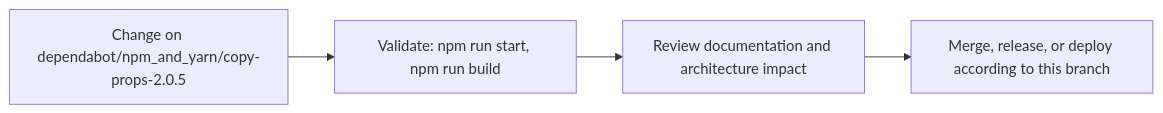
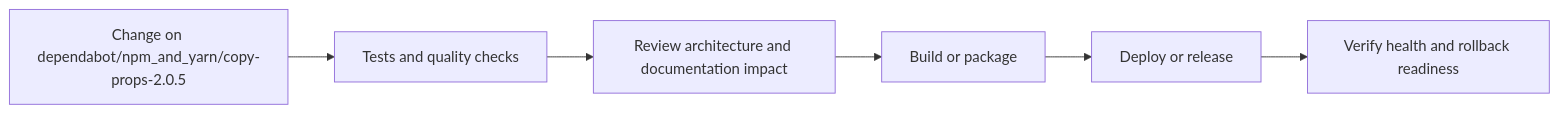
The fourth of 5 diagrams in README.md (Nischhalsubba/Personal-Website), drawn with Mermaid before and after one commit. The commit also changed other lines of this file, not shown here.

````diff
--- a/README.md
+++ b/README.md
@@ -62,8 +134,8 @@
 ```mermaid
 flowchart LR
-    CHANGE["Change on dependabot/npm_and_yarn/copy-props-2.0.5"]
-    CHECK["Validate: npm run start, npm run build"]
-    REVIEW["Review documentation and architecture impact"]
-    RELEASE["Merge, release, or deploy according to this branch"]
-    CHANGE --> CHECK --> REVIEW --> RELEASE
+    CHANGE["Change on dependabot/npm_and_yarn/copy-props-2.0.5"] --> CHECK["Tests and quality checks"]
+    CHECK --> REVIEW["Review architecture and documentation impact"]
+    REVIEW --> BUILD["Build or package"]
+    BUILD --> DEPLOY["Deploy or release"]
+    DEPLOY --> VERIFY["Verify health and rollback readiness"]
 ```
````
